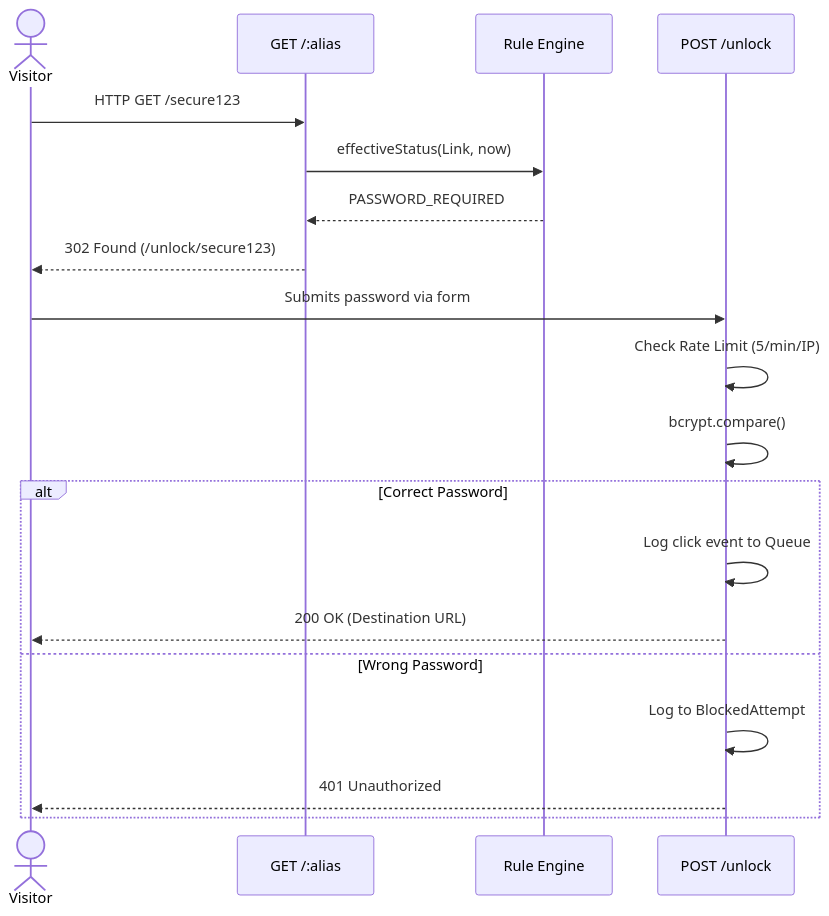
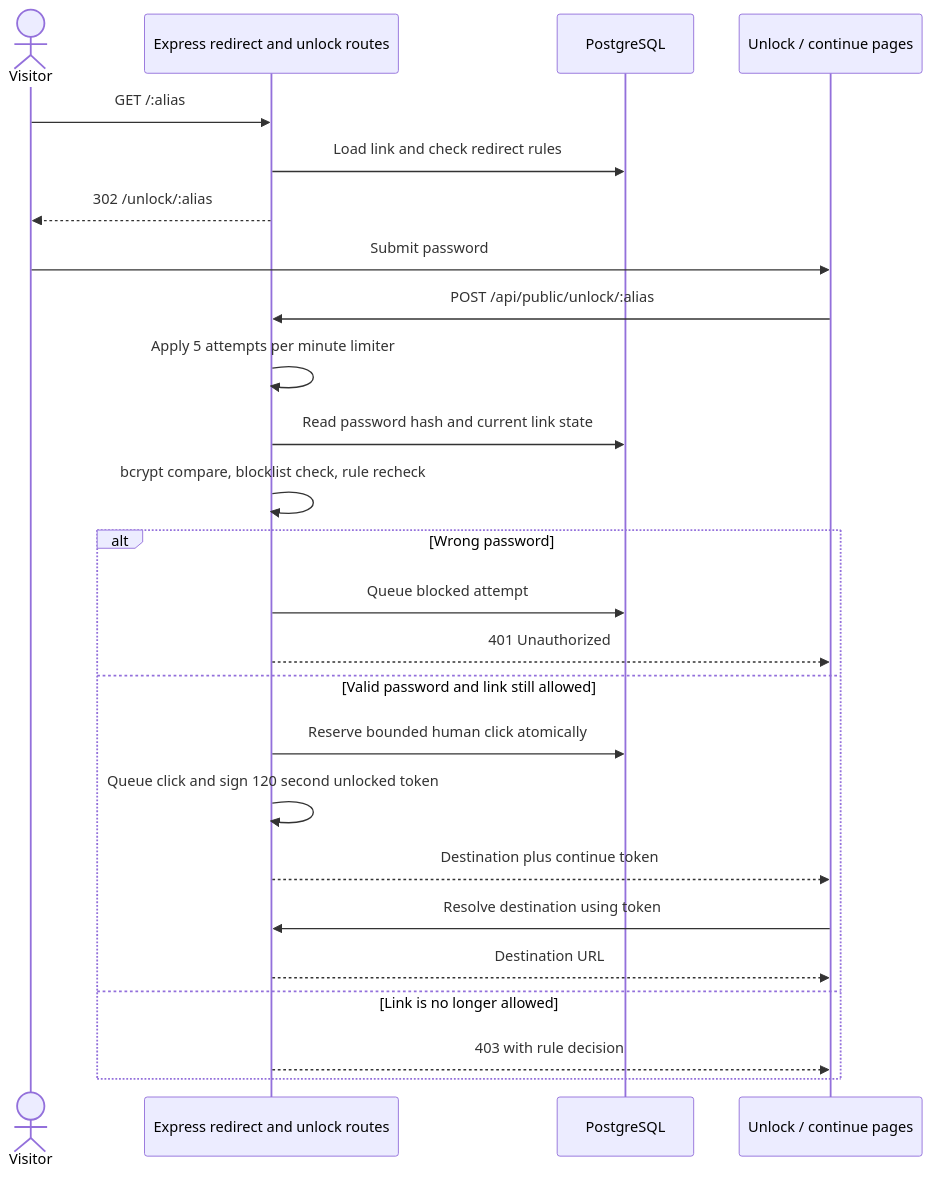
Before and after one commit to priyanshubishtme/pulse: the third of 5 diagrams in docs/design/04-sequence-diagrams.md, drawn with Mermaid. The commit also changed other lines of this file and 51 other files, not shown here.

````diff
--- a/docs/design/04-sequence-diagrams.md
+++ b/docs/design/04-sequence-diagrams.md
@@ -75,23 +74,27 @@
 ```mermaid
 sequenceDiagram
     actor Visitor
-    participant Server as GET /:alias
-    participant Engine as Rule Engine
-    participant API as POST /unlock
-
-    Visitor->>Server: HTTP GET /secure123
-    Server->>Engine: effectiveStatus(Link, now)
-    Engine-->>Server: PASSWORD_REQUIRED
-    Server-->>Visitor: 302 Found (/unlock/secure123)
-    
-    Visitor->>API: Submits password via form
-    API->>API: Check Rate Limit (5/min/IP)
-    API->>API: bcrypt.compare()
-    alt Correct Password
-        API->>API: Log click event to Queue
-        API-->>Visitor: 200 OK (Destination URL)
-    else Wrong Password
-        API->>API: Log to BlockedAttempt
-        API-->>Visitor: 401 Unauthorized
+    participant API as Express redirect and unlock routes
+    participant DB as PostgreSQL
+    participant Web as Unlock / continue pages
+    Visitor->>API: GET /:alias
+    API->>DB: Load link and check redirect rules
+    API-->>Visitor: 302 /unlock/:alias
+    Visitor->>Web: Submit password
+    Web->>API: POST /api/public/unlock/:alias
+    API->>API: Apply 5 attempts per minute limiter
+    API->>DB: Read password hash and current link state
+    API->>API: bcrypt compare, blocklist check, rule recheck
+    alt Wrong password
+        API->>DB: Queue blocked attempt
+        API-->>Web: 401 Unauthorized
+    else Valid password and link still allowed
+        API->>DB: Reserve bounded human click atomically
+        API->>API: Queue click and sign 120 second unlocked token
+        API-->>Web: Destination plus continue token
+        Web->>API: Resolve destination using token
+        API-->>Web: Destination URL
+    else Link is no longer allowed
+        API-->>Web: 403 with rule decision
     end
 ```
````
